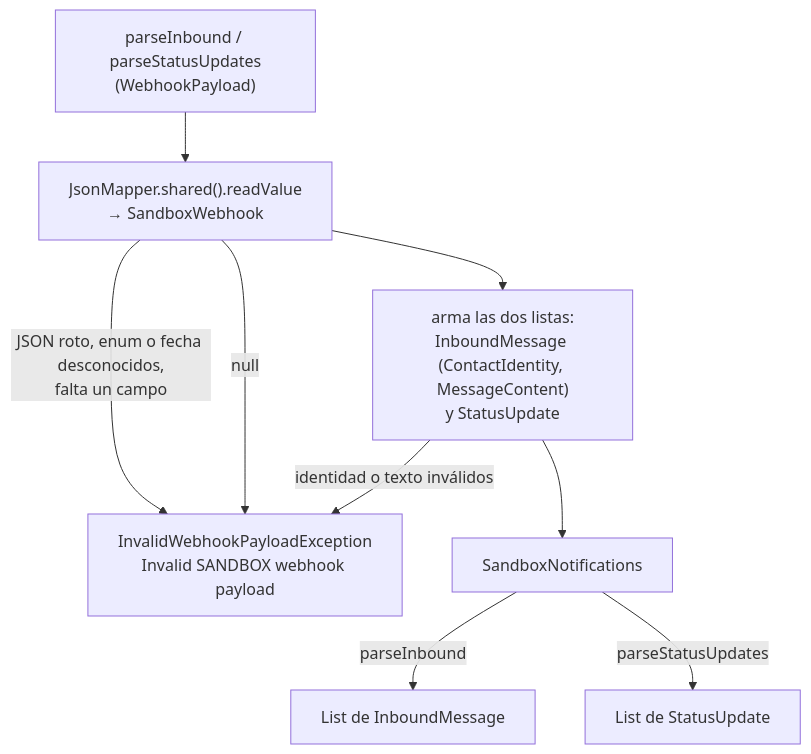
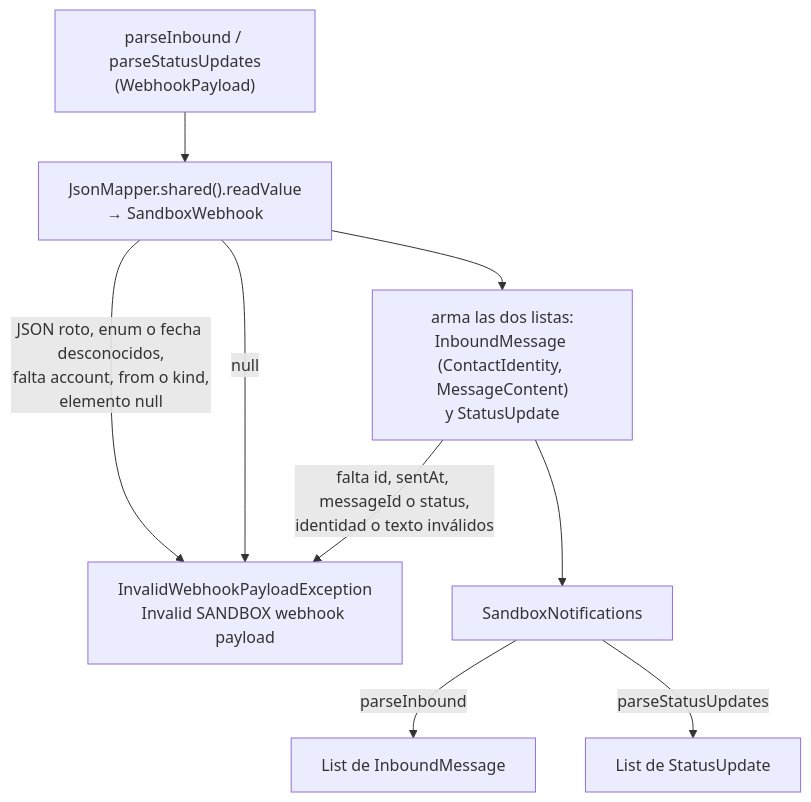
Before and after one commit to zapmaxvevo/communicator-one: the fourth of 5 diagrams in docs/canales.md, drawn with Mermaid. The commit also changed other lines of this file and 4 other files, not shown here.

````diff
--- a/docs/canales.md
+++ b/docs/canales.md
@@ -393,11 +398,11 @@
 ```mermaid
 flowchart TD
     P["parseInbound / parseStatusUpdates<br/>(WebhookPayload)"] --> R["JsonMapper.shared().readValue<br/>→ SandboxWebhook"]
-    R -->|JSON roto, enum o fecha desconocidos,<br/>falta un campo| X[InvalidWebhookPayloadException<br/>Invalid SANDBOX webhook payload]
+    R -->|JSON roto, enum o fecha desconocidos,<br/>falta account, from o kind,<br/>elemento null| X[InvalidWebhookPayloadException<br/>Invalid SANDBOX webhook payload]
     R -->|null| X
     R --> B["arma las dos listas:<br/>InboundMessage (ContactIdentity, MessageContent)<br/>y StatusUpdate"]
-    B -->|identidad o texto inválidos| X
+    B -->|falta id, sentAt, messageId o status,<br/>identidad o texto inválidos| X
     B --> S[SandboxNotifications]
     S -->|parseInbound| I[List de InboundMessage]
     S -->|parseStatusUpdates| U[List de StatusUpdate]
 ```
````
